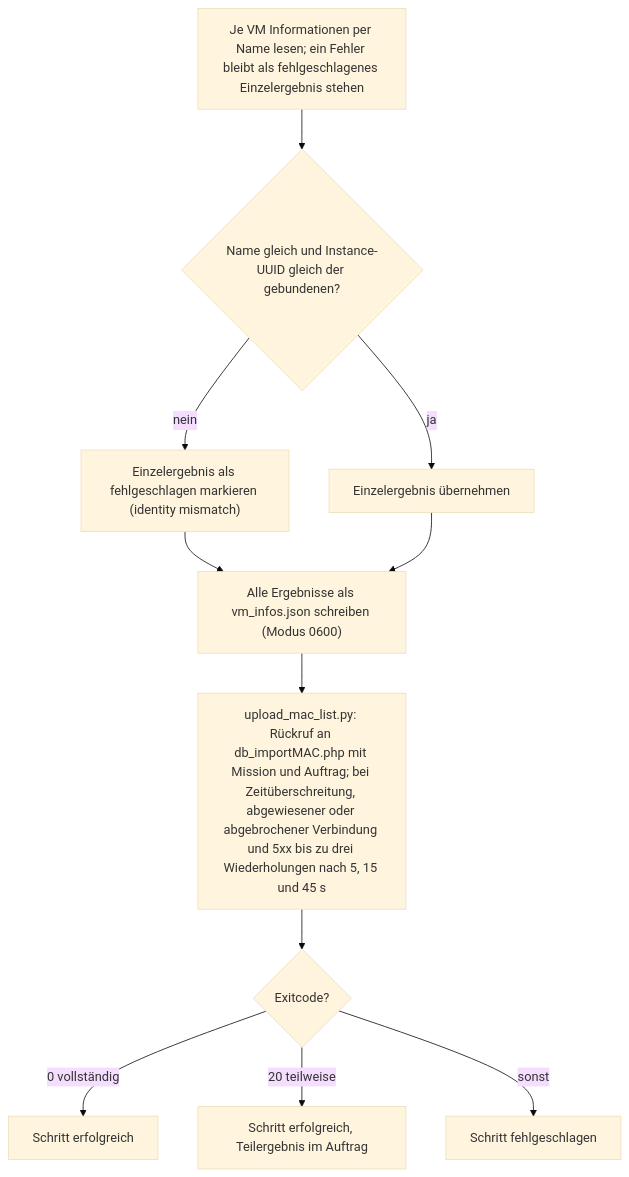
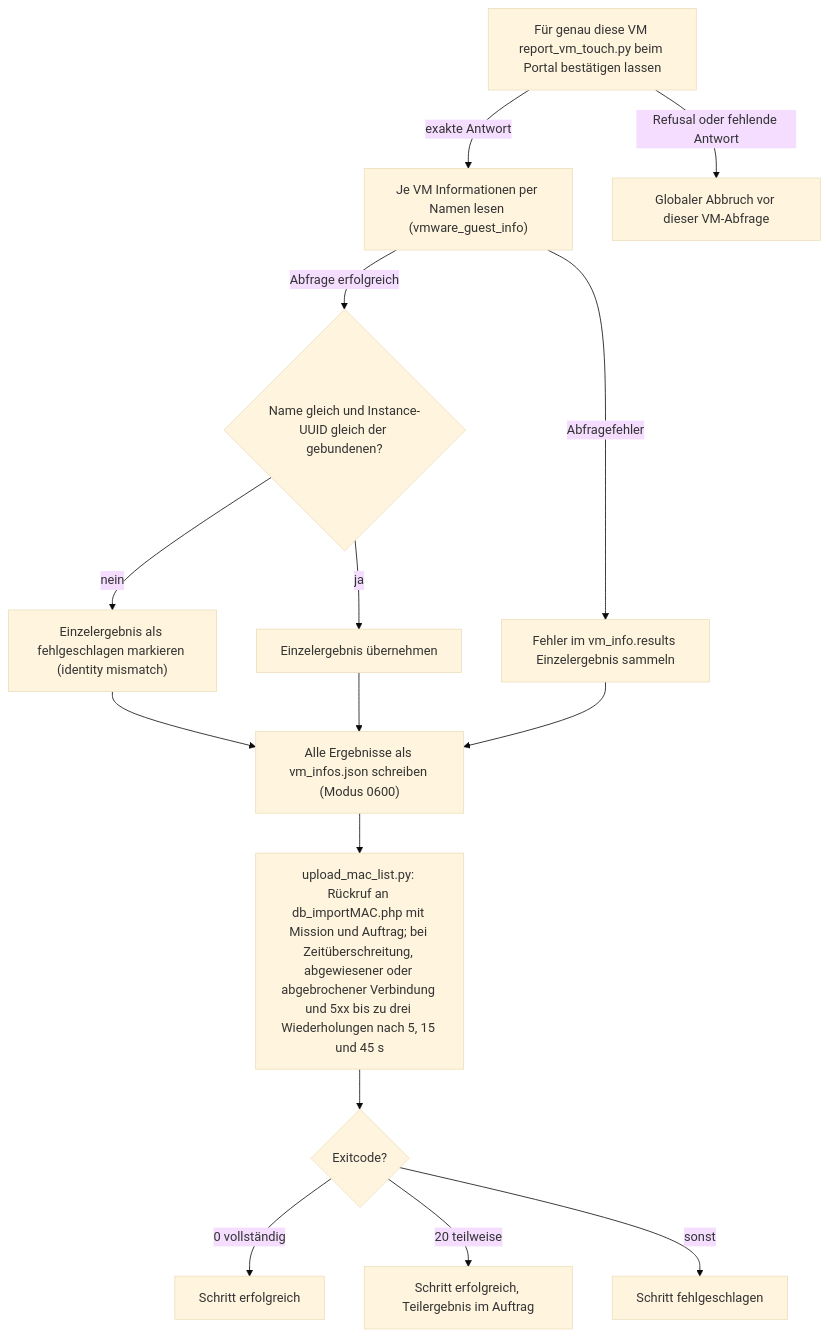
The tenth of 13 diagrams in docs/operations/deploy-flows.md (Samy94M/VirtuSphere-v2-WebApp), drawn with Mermaid (base theme) before and after one commit. The commit also changed other lines of this file and 55 other files, not shown here.

````diff
--- a/docs/operations/deploy-flows.md
+++ b/docs/operations/deploy-flows.md
@@ -337,13 +339,17 @@
 ```mermaid
 flowchart TD
-  A["Je VM Informationen per Name lesen; ein Fehler bleibt als fehlgeschlagenes Einzelergebnis stehen"] --> B{"Name gleich und Instance-UUID gleich der gebundenen?"}
-  B -->|nein| BX["Einzelergebnis als fehlgeschlagen markieren (identity mismatch)"]
-  B -->|ja| BO["Einzelergebnis übernehmen"]
-  BX --> C
-  BO --> C["Alle Ergebnisse als vm_infos.json schreiben (Modus 0600)"]
-  C --> D["upload_mac_list.py: Rückruf an db_importMAC.php mit Mission und Auftrag; bei Zeitüberschreitung, abgewiesener oder abgebrochener Verbindung und 5xx bis zu drei Wiederholungen nach 5, 15 und 45 s"]
-  D --> E{"Exitcode?"}
-  E -->|0 vollständig| E0["Schritt erfolgreich"]
-  E -->|20 teilweise| E20["Schritt erfolgreich, Teilergebnis im Auftrag"]
-  E -->|sonst| EX["Schritt fehlgeschlagen"]
+  A["Für genau diese VM report_vm_touch.py beim Portal bestätigen lassen"] -->|exakte Antwort| B["Je VM Informationen per Namen lesen (vmware_guest_info)"]
+  A -->|Refusal oder fehlende Antwort| AX["Globaler Abbruch vor dieser VM-Abfrage"]
+  B -->|Abfragefehler| QX["Fehler im vm_info.results Einzelergebnis sammeln"]
+  B -->|Abfrage erfolgreich| C{"Name gleich und Instance-UUID gleich der gebundenen?"}
+  C -->|nein| BX["Einzelergebnis als fehlgeschlagen markieren (identity mismatch)"]
+  C -->|ja| BO["Einzelergebnis übernehmen"]
+  BX --> D
+  BO --> D
+  QX --> D
+  D["Alle Ergebnisse als vm_infos.json schreiben (Modus 0600)"] --> E["upload_mac_list.py: Rückruf an db_importMAC.php mit Mission und Auftrag; bei Zeitüberschreitung, abgewiesener oder abgebrochener Verbindung und 5xx bis zu drei Wiederholungen nach 5, 15 und 45 s"]
+  E --> F{"Exitcode?"}
+  F -->|0 vollständig| E0["Schritt erfolgreich"]
+  F -->|20 teilweise| E20["Schritt erfolgreich, Teilergebnis im Auftrag"]
+  F -->|sonst| EX["Schritt fehlgeschlagen"]
 ```
````
